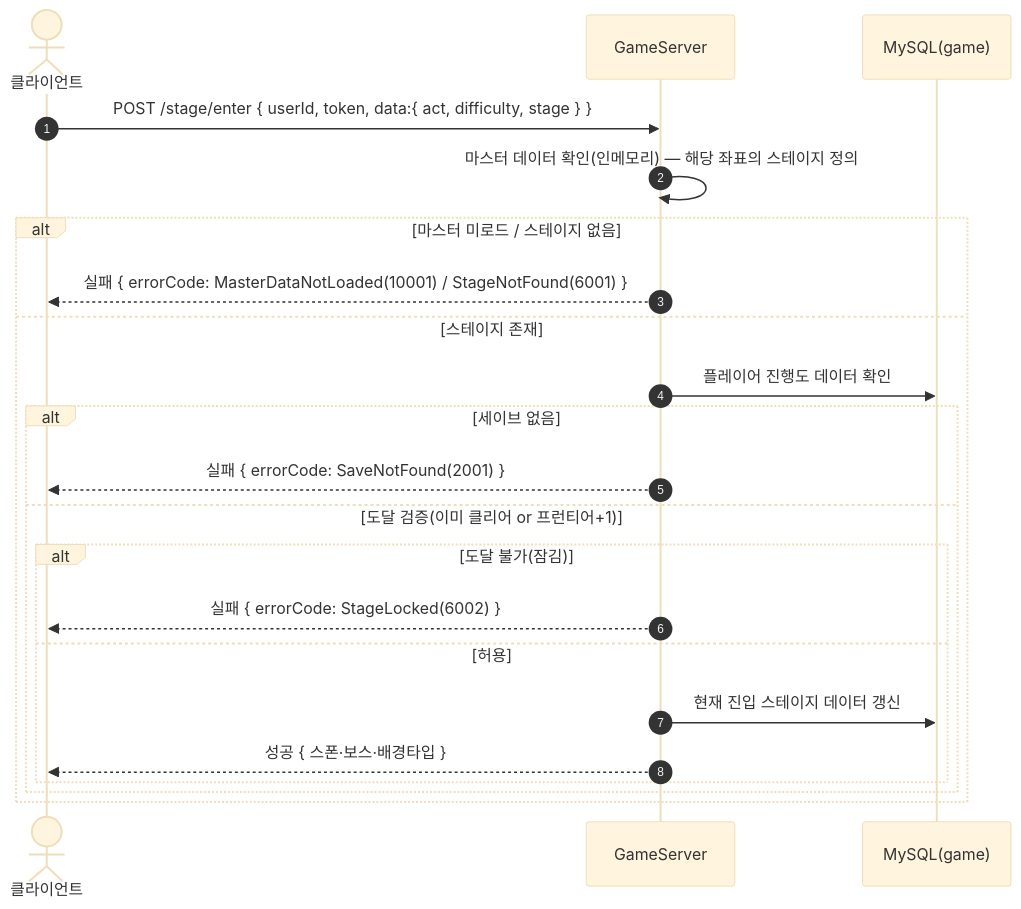
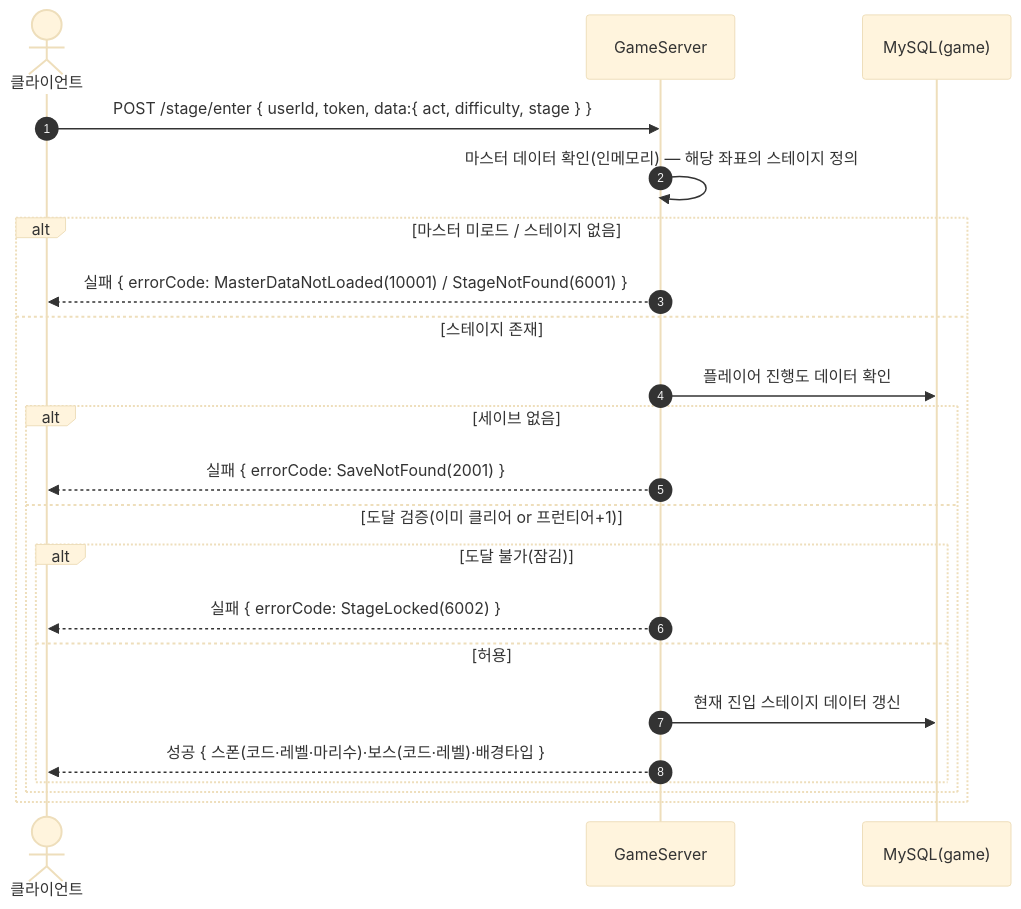
One commit to ks-wook/com2us-taskbar-hero changed the tenth of 40 diagrams in SequenceDiagram/README.md. Above: the diagram before and after it, drawn with Mermaid (base theme). The commit also changed 17 other files, not shown here.

````diff
--- a/SequenceDiagram/README.md
+++ b/SequenceDiagram/README.md
@@ -342,25 +342,25 @@
 ```mermaid
 sequenceDiagram
     autonumber
     actor C as 클라이언트
     participant S as GameServer
     participant DB as MySQL(game)
 
     C->>S: POST /stage/enter { userId, token, data:{ act, difficulty, stage } }
     S->>S: 마스터 데이터 확인(인메모리) — 해당 좌표의 스테이지 정의
     alt 마스터 미로드 / 스테이지 없음
         S-->>C: 실패 { errorCode: MasterDataNotLoaded(10001) / StageNotFound(6001) }
     else 스테이지 존재
         S->>DB: 플레이어 진행도 데이터 확인
         alt 세이브 없음
             S-->>C: 실패 { errorCode: SaveNotFound(2001) }
         else 도달 검증(이미 클리어 or 프런티어+1)
             alt 도달 불가(잠김)
                 S-->>C: 실패 { errorCode: StageLocked(6002) }
             else 허용
                 S->>DB: 현재 진입 스테이지 데이터 갱신
-                S-->>C: 성공 { 스폰·보스·배경타입 }
+                S-->>C: 성공 { 스폰(코드·레벨·마리수)·보스(코드·레벨)·배경타입 }
             end
         end
     end
 ```
````
